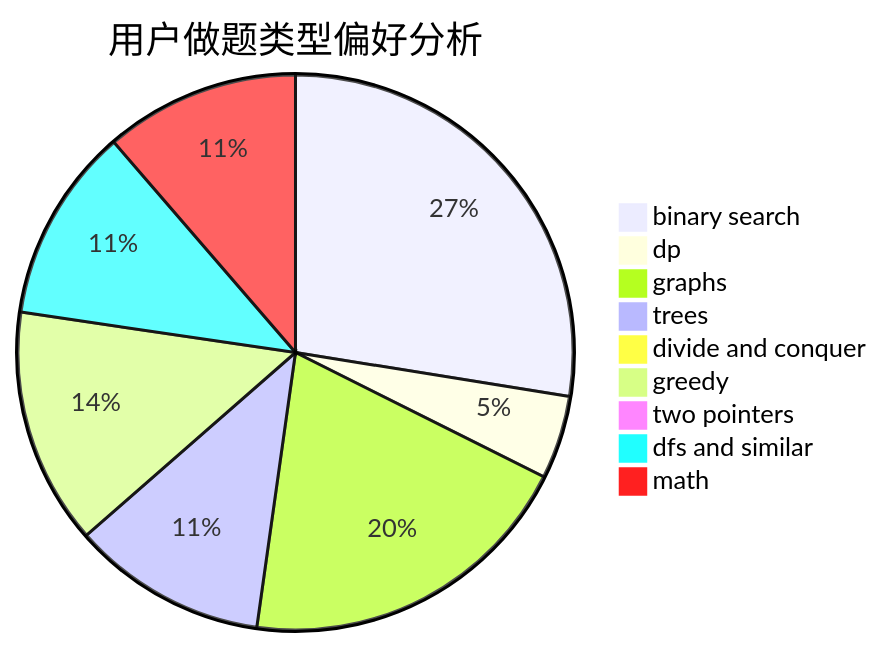
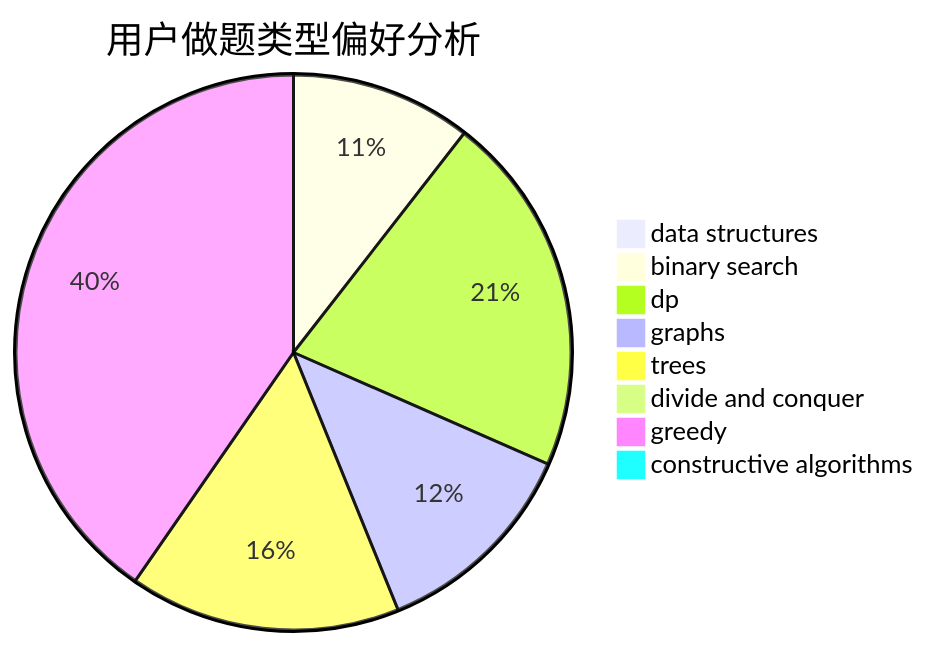
The second of 3 diagrams in docs/user/u1174.md (sherpahu/cfrs.github.io), drawn with Mermaid before and after one commit. The commit also changed other lines of this file and 2775 other files, not shown here.

````diff
--- a/docs/user/u1174.md
+++ b/docs/user/u1174.md
@@ -23,12 +23,11 @@
 ```mermaid
 pie title 用户做题类型偏好分析
-    "binary search" :  68
+    "data structures" :  0
+    "binary search" :  6
     "dp" :  12
-    "graphs" :  49
-    "trees" :  28
+    "graphs" :  7
+    "trees" :  9
     "divide and conquer" :  0
-    "greedy" :  34
-    "two pointers" :  1
-    "dfs and similar" :  28
-    "math" :  28
+    "greedy" :  23
+    "constructive algorithms" :  0
 ```
````
